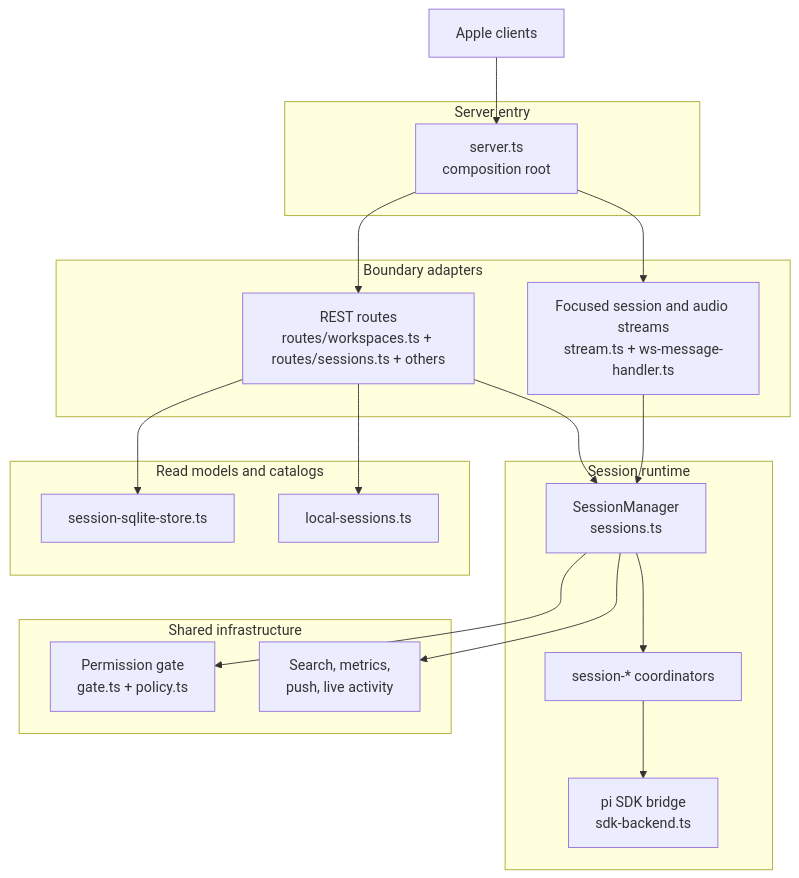
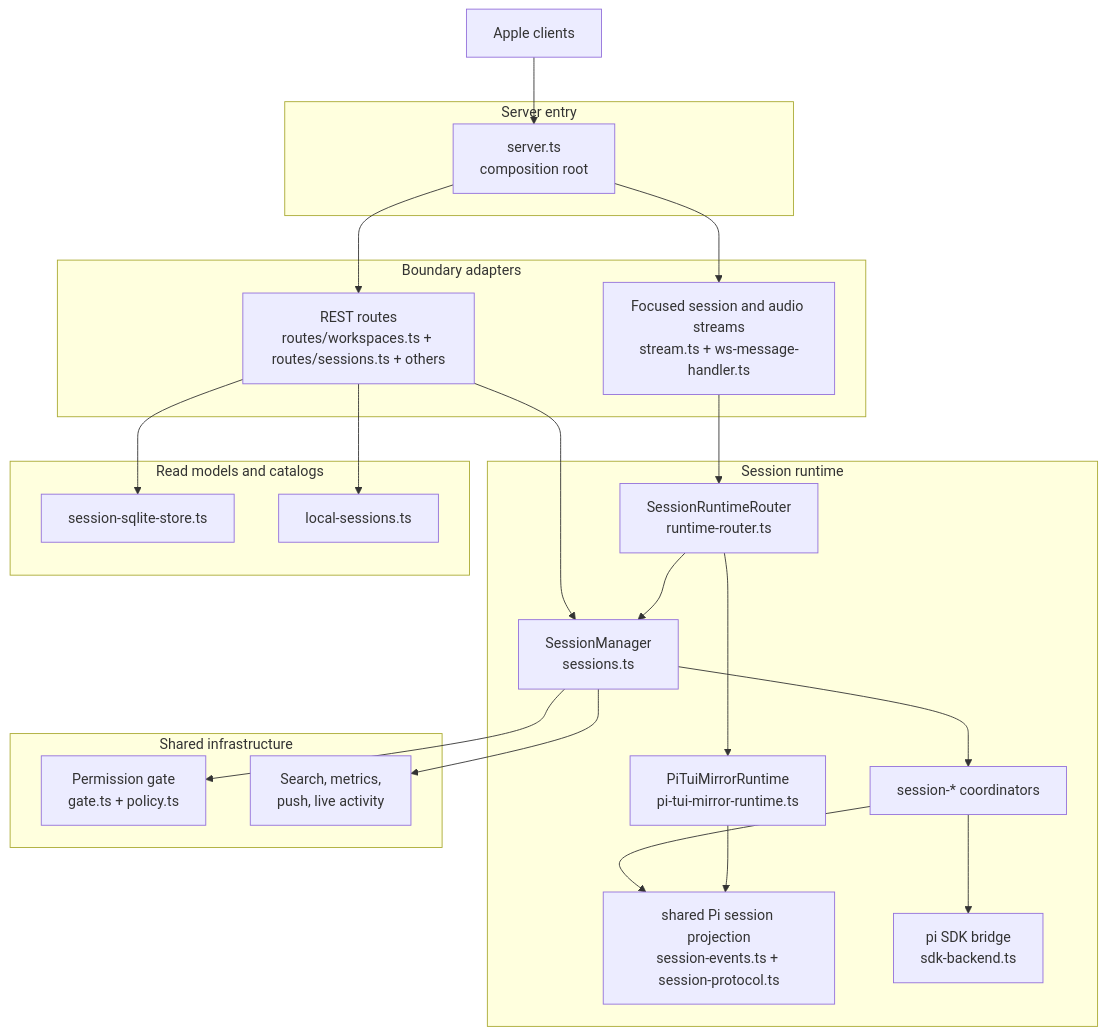
The seventh of 7 diagrams in docs/architecture.md (duh17/oppi), drawn with Mermaid before and after one commit. The commit also changed other lines of this file, not shown here.

Commit message:
docs: update architecture for pi mirror runtime

````diff
--- a/docs/architecture.md
+++ b/docs/architecture.md
@@ -217,41 +256,48 @@
 ```mermaid
 graph TD
   Client[Apple clients]
 
   subgraph Entry[Server entry]
     Root[server.ts<br/>composition root]
   end
 
   subgraph Boundaries[Boundary adapters]
     REST[REST routes<br/>routes/workspaces.ts + routes/sessions.ts + others]
     Live[Focused session and audio streams<br/>stream.ts + ws-message-handler.ts]
   end
 
   subgraph Runtime[Session runtime]
+    Router[SessionRuntimeRouter<br/>runtime-router.ts]
     Sessions[SessionManager<br/>sessions.ts]
+    Mirror[PiTuiMirrorRuntime<br/>pi-tui-mirror-runtime.ts]
     Flow[session-* coordinators]
+    Project[shared Pi session projection<br/>session-events.ts + session-protocol.ts]
     Pi[pi SDK bridge<br/>sdk-backend.ts]
   end
 
   subgraph ReadModel[Read models and catalogs]
     Sqlite[session-sqlite-store.ts]
     LocalCatalog[local-sessions.ts]
   end
 
   subgraph Infrastructure[Shared infrastructure]
     Gate[Permission gate<br/>gate.ts + policy.ts]
     Ops[Search, metrics,<br/>push, live activity]
   end
 
   Client --> Root
   Root --> REST
   Root --> Live
   REST --> Sessions
   REST --> Sqlite
   REST --> LocalCatalog
-  Live --> Sessions
+  Live --> Router
+  Router --> Sessions
+  Router --> Mirror
   Sessions --> Flow
+  Flow --> Project
+  Mirror --> Project
   Flow --> Pi
   Sessions --> Gate
   Sessions --> Ops
 ```
````
